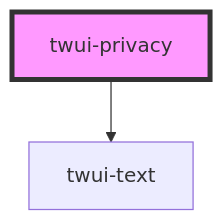
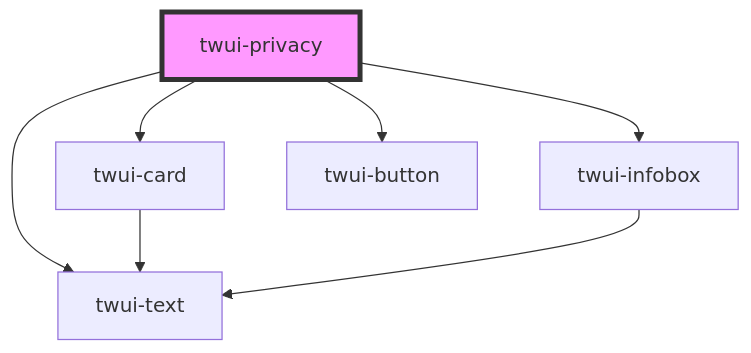
The diagram in src/frontend/src/components/twui/src/components/pages/privacy/readme.md (frostaura/TaleWeaver), drawn with Mermaid before and after one commit. The commit also changed other lines of this file and 37 other files, not shown here.

````diff
--- a/src/frontend/src/components/twui/src/components/pages/privacy/readme.md
+++ b/src/frontend/src/components/twui/src/components/pages/privacy/readme.md
@@ -15,5 +18,10 @@
 ```mermaid
 graph TD;
   twui-privacy --> twui-text
+  twui-privacy --> twui-card
+  twui-privacy --> twui-infobox
+  twui-privacy --> twui-button
+  twui-card --> twui-text
+  twui-infobox --> twui-text
   style twui-privacy fill:#f9f,stroke:#333,stroke-width:4px
 ```
````
